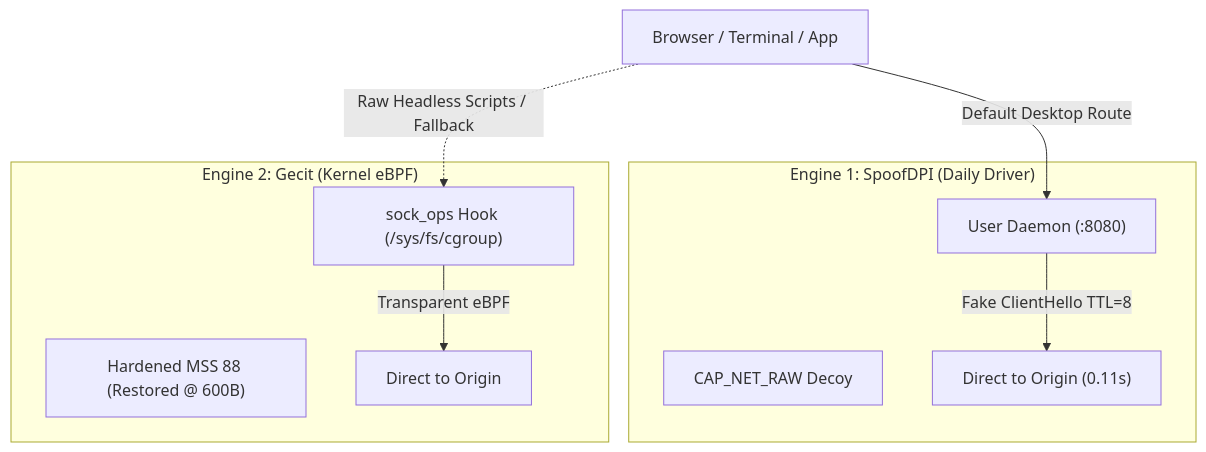
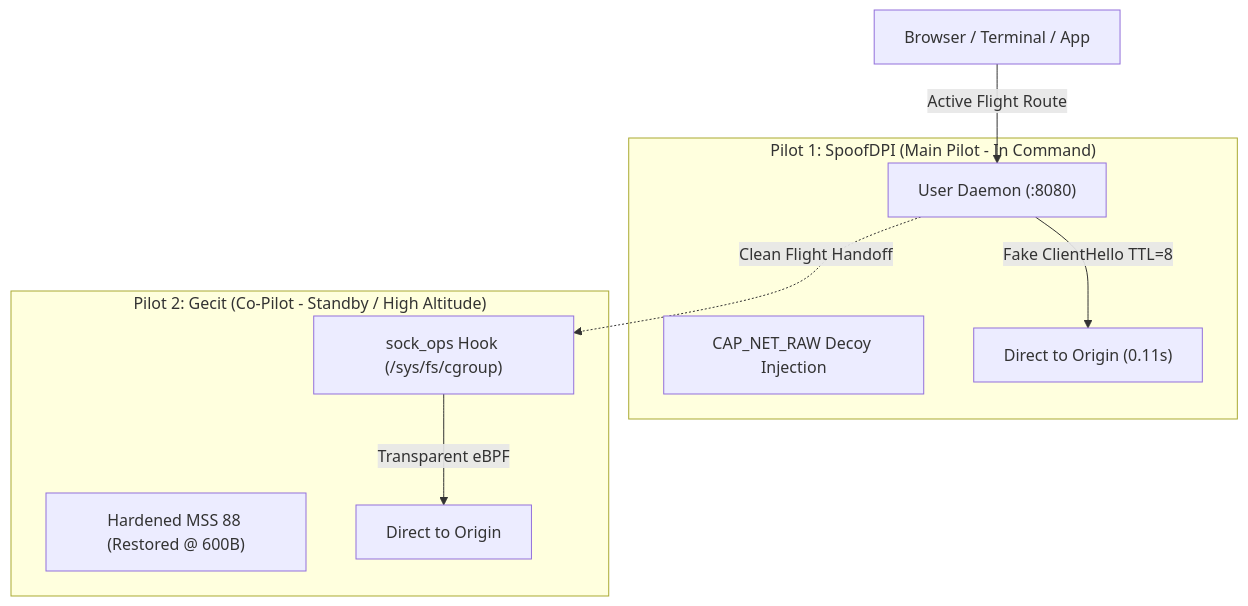
One commit to oomaya/Omacorn changed the diagram in README.md. Above: the diagram before and after it, drawn with Mermaid. The commit also changed other lines of this file and 6 other files, not shown here.

Commit message:
feat(pilot): implement pilot-copilot architecture, virt detection, and fish path onboarding

````diff
--- a/README.md
+++ b/README.md
@@ -60,19 +62,19 @@
 ```mermaid
 graph TD
     Client["Browser / Terminal / App"]
     
-    subgraph Engine1 ["Engine 1: SpoofDPI (Daily Driver)"]
+    subgraph PF ["Pilot 1: SpoofDPI (Main Pilot - In Command)"]
         SD["User Daemon (:8080)"]
-        CAP["CAP_NET_RAW Decoy"]
+        CAP["CAP_NET_RAW Decoy Injection"]
         SD -->|Fake ClientHello TTL=8| Net1["Direct to Origin (0.11s)"]
     end
     
-    subgraph Engine2 ["Engine 2: Gecit (Kernel eBPF)"]
+    subgraph PM ["Pilot 2: Gecit (Co-Pilot - Standby / High Altitude)"]
         BPF["sock_ops Hook (/sys/fs/cgroup)"]
         MSS["Hardened MSS 88 (Restored @ 600B)"]
         BPF -->|Transparent eBPF| Net2["Direct to Origin"]
     end
     
-    Client -->|Default Desktop Route| SD
-    Client -.->|Raw Headless Scripts / Fallback| BPF
+    Client -->|Active Flight Route| SD
+    SD -.->|Clean Flight Handoff| BPF
 ```
````
